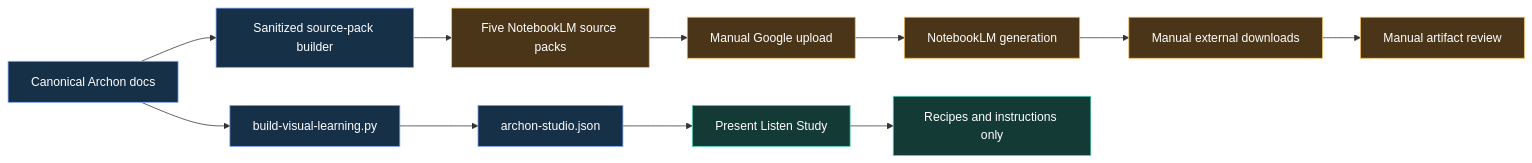
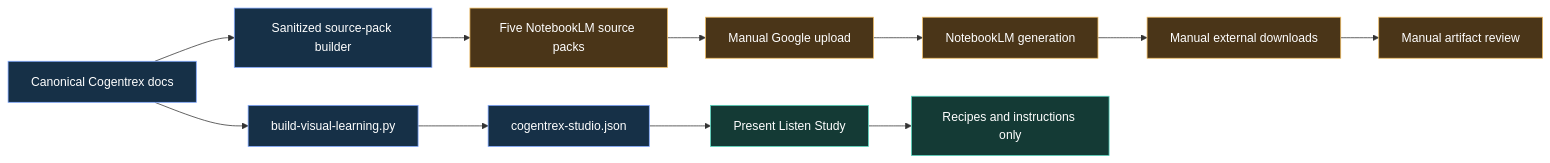
The first of 14 diagrams in .hermes/plans/2026-09-04_140930-hermes-native-visual-learning-studio.md (levalencia/archon), drawn with Mermaid before and after one commit. The commit also changed other lines of this file and 414 other files, not shown here.

First line of the commit message:
feat: rebrand Archon as Cogentrex

````diff
--- a/.hermes/plans/2026-09-04_140930-hermes-native-visual-learning-studio.md
+++ b/.hermes/plans/2026-09-04_140930-hermes-native-visual-learning-studio.md
@@ -79,21 +79,21 @@
 ```mermaid
 flowchart LR
-    A[Canonical Archon docs] --> B[Sanitized source-pack builder]
+    A[Canonical Cogentrex docs] --> B[Sanitized source-pack builder]
     B --> C[Five NotebookLM source packs]
     C --> D[Manual Google upload]
     D --> E[NotebookLM generation]
     E --> F[Manual external downloads]
     F --> G[Manual artifact review]
 
     A --> H[build-visual-learning.py]
-    H --> I[archon-studio.json]
+    H --> I[cogentrex-studio.json]
     I --> J[Present Listen Study]
     J --> K[Recipes and instructions only]
 
     classDef source fill:#163047,stroke:#7fa7ff,color:#ffffff
     classDef external fill:#4a3518,stroke:#f0bd62,color:#ffffff
     classDef ui fill:#143a35,stroke:#55d6be,color:#ffffff
     class A,B,H,I source
     class C,D,E,F,G external
     class J,K ui
 ```
````
